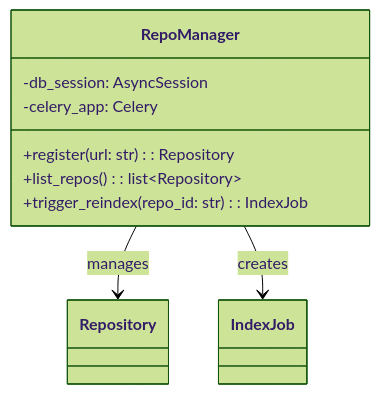
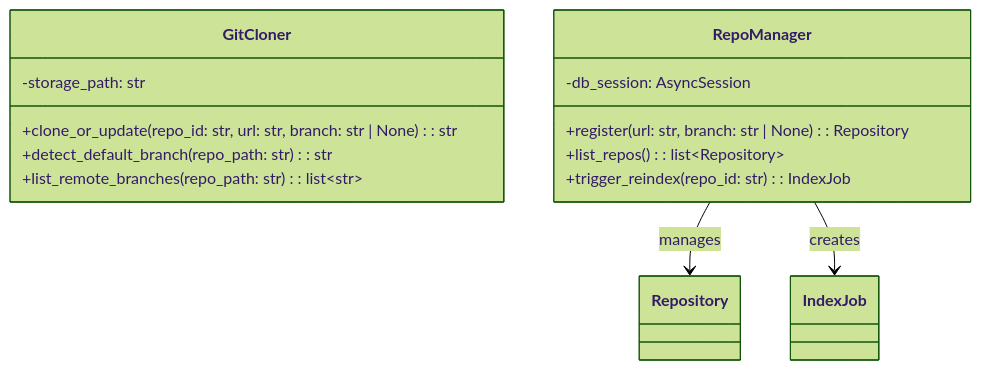
Before and after one commit to suriyel/theMachine: the first of 6 diagrams in docs/plans/2026-03-21-repository-registration.md, drawn with Mermaid (forest theme). The commit also changed other lines of this file and 4 other files, not shown here.

First line of the commit message:
feat(#3): add branch parameter to Repository Registration (Wave 1)

````diff
--- a/docs/plans/2026-03-21-repository-registration.md
+++ b/docs/plans/2026-03-21-repository-registration.md
@@ -18,12 +25,17 @@
 ```mermaid
 classDiagram
+    class GitCloner {
+        -storage_path: str
+        +clone_or_update(repo_id: str, url: str, branch: str | None): str
+        +detect_default_branch(repo_path: str): str
+        +list_remote_branches(repo_path: str): list~str~
+    }
     class RepoManager {
         -db_session: AsyncSession
-        -celery_app: Celery
-        +register(url: str): Repository
+        +register(url: str, branch: str | None): Repository
         +list_repos(): list~Repository~
         +trigger_reindex(repo_id: str): IndexJob
     }
     RepoManager --> Repository : manages
     RepoManager --> IndexJob : creates
 ```
````
